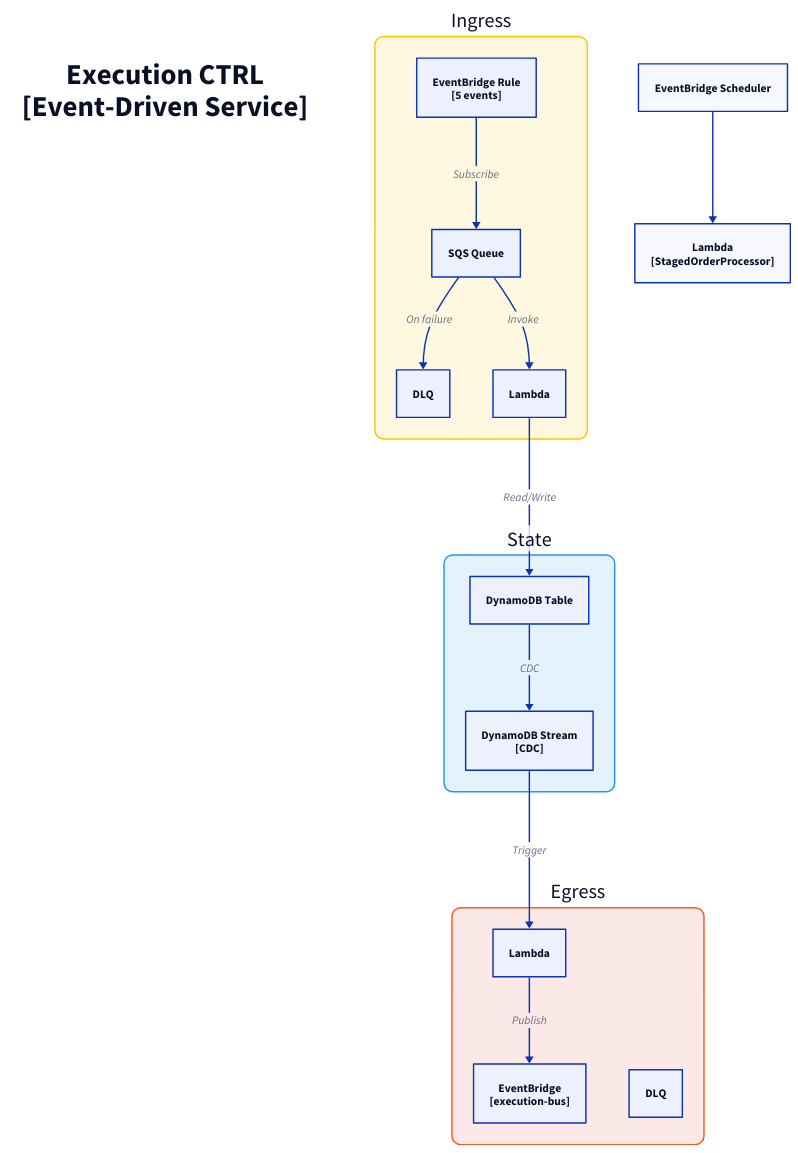
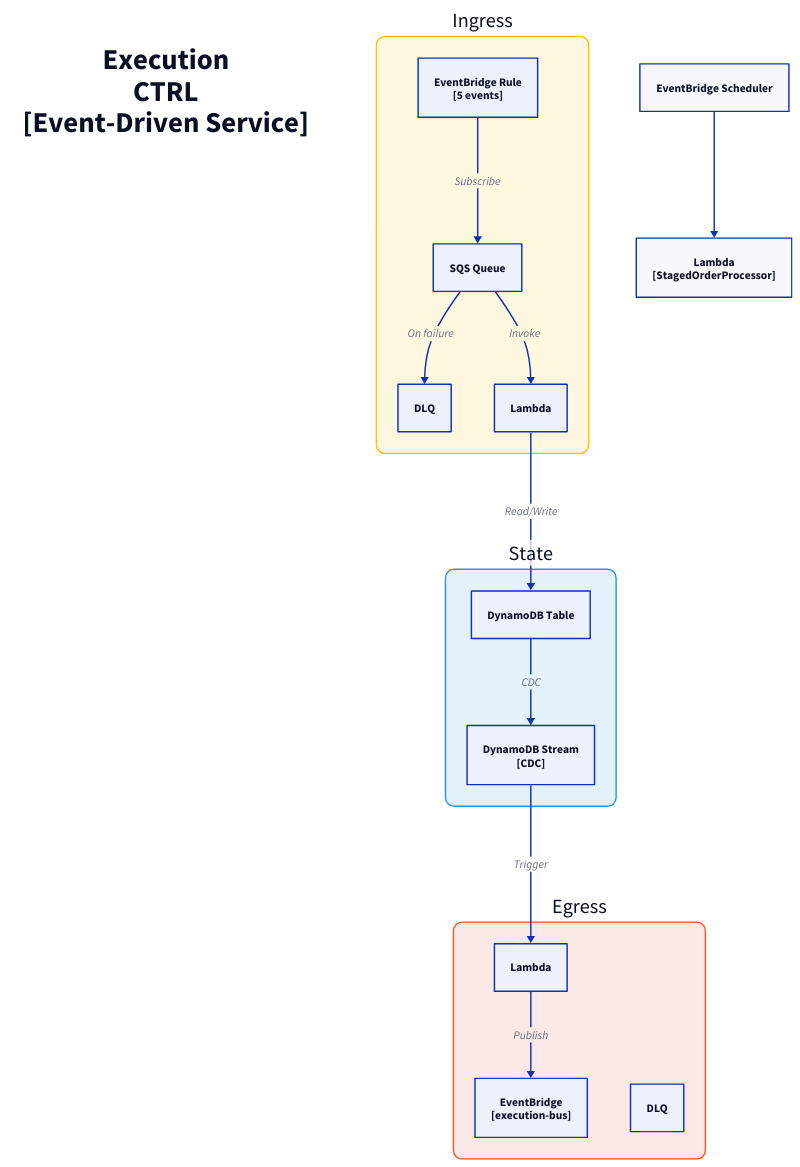
Before and after one commit to fabio-vitali/nestfolio: the diagram in docs/architecture/c3/execution-ctrl.d2, drawn with D2. The commit also changed 66 other files, not shown here.

Commit message:
fix: c4 diagrams fixes

```diff
--- a/docs/architecture/c3/execution-ctrl.d2
+++ b/docs/architecture/c3/execution-ctrl.d2
@@ -1,42 +1,42 @@
 direction: down
 
-title: "Execution CTRL\n[Event-Driven Service]" {
+title: "Execution\nCTRL\n[Event-Driven Service]" {
   style: { font-size: 40; bold: true; fill: transparent; stroke: transparent }
 }
 
 ingress: "Ingress" {
   style: { fill: "#FFF8E1"; stroke: "#FFC107"; border-radius: 12; font-size: 28 }
   rule: "EventBridge Rule\n[5 events]" { class: aws-eventbridge }
   sqs: "SQS Queue" { class: aws-sqs }
   dlq: "DLQ" { class: aws-dlq }
   handler: "Lambda" { class: aws-lambda }
 
   rule -> sqs: Subscribe
   sqs -> handler: Invoke
   sqs -> dlq: On failure
 }
 
 state: "State" {
   style: { fill: "#E3F2FD"; stroke: "#2196F3"; border-radius: 12; font-size: 28 }
   table: "DynamoDB Table" { class: aws-dynamodb }
   stream: "DynamoDB Stream\n[CDC]" { class: aws-ddb-stream }
   table -> stream: CDC
 }
 
 egress: "Egress" {
   style: { fill: "#FBE9E7"; stroke: "#FF5722"; border-radius: 12; font-size: 28 }
   processor: "Lambda" { class: aws-lambda }
   bus: "EventBridge\n[execution-bus]" { class: aws-eventbridge }
   dlq: "DLQ" { class: aws-dlq }
 
   processor -> bus: Publish
 }
 
 staged-order-processor: "Lambda\n[StagedOrderProcessor]" { class: aws-lambda }
 
 schedule: "EventBridge Scheduler" { class: aws-eventbridge }
 schedule -> staged-order-processor
 
 # Flows
 ingress.handler -> state.table: Read/Write
 state.stream -> egress.processor: Trigger
```
